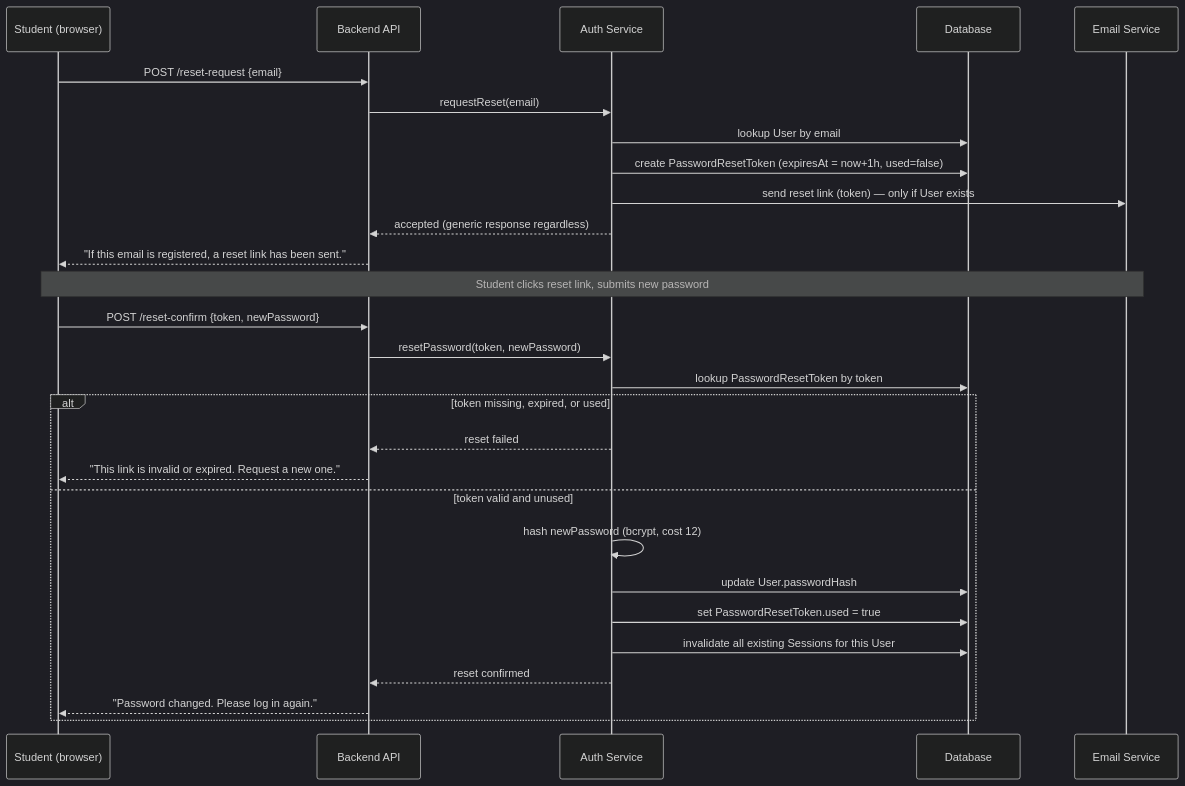
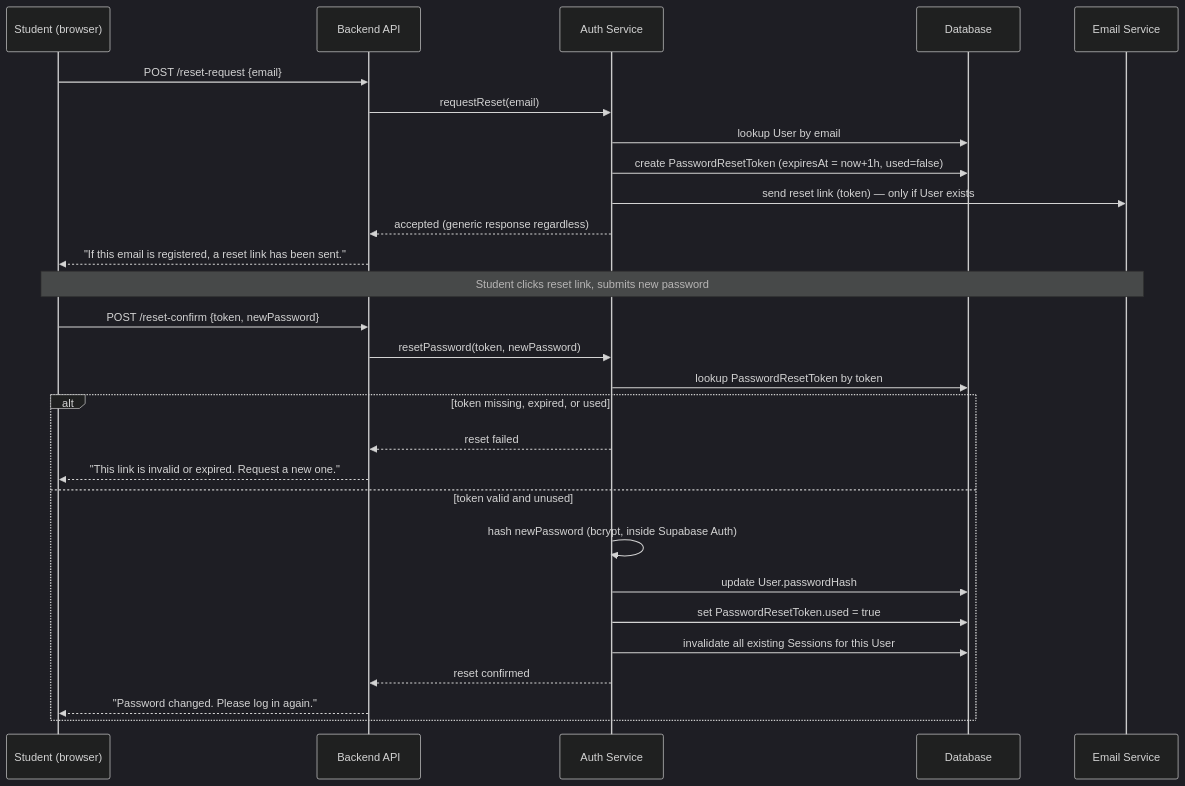
One commit to Skiet88/SentryPrompt changed the third of 4 diagrams in docs/architecture/AUTH_DESIGN.md. Above: the diagram before and after it, drawn with Mermaid (dark theme). The commit also changed other lines of this file and 11 other files, not shown here.

First line of the commit message:
Revise tech stack for deployment: Supabase Postgres and Auth, TypeScript frontend

````diff
--- a/docs/architecture/AUTH_DESIGN.md
+++ b/docs/architecture/AUTH_DESIGN.md
@@ -104,32 +123,32 @@
 ```mermaid
 sequenceDiagram
     participant S as Student (browser)
     participant API as Backend API
     participant Auth as Auth Service
     participant DB as Database
     participant Mail as Email Service
 
     S->>API: POST /reset-request {email}
     API->>Auth: requestReset(email)
     Auth->>DB: lookup User by email
     Auth->>DB: create PasswordResetToken (expiresAt = now+1h, used=false)
     Auth->>Mail: send reset link (token) — only if User exists
     Auth-->>API: accepted (generic response regardless)
     API-->>S: "If this email is registered, a reset link has been sent."
 
     Note over S,Mail: Student clicks reset link, submits new password
     S->>API: POST /reset-confirm {token, newPassword}
     API->>Auth: resetPassword(token, newPassword)
     Auth->>DB: lookup PasswordResetToken by token
     alt token missing, expired, or used
         Auth-->>API: reset failed
         API-->>S: "This link is invalid or expired. Request a new one."
     else token valid and unused
-        Auth->>Auth: hash newPassword (bcrypt, cost 12)
+        Auth->>Auth: hash newPassword (bcrypt, inside Supabase Auth)
         Auth->>DB: update User.passwordHash
         Auth->>DB: set PasswordResetToken.used = true
         Auth->>DB: invalidate all existing Sessions for this User
         Auth-->>API: reset confirmed
         API-->>S: "Password changed. Please log in again."
     end
 ```
````
